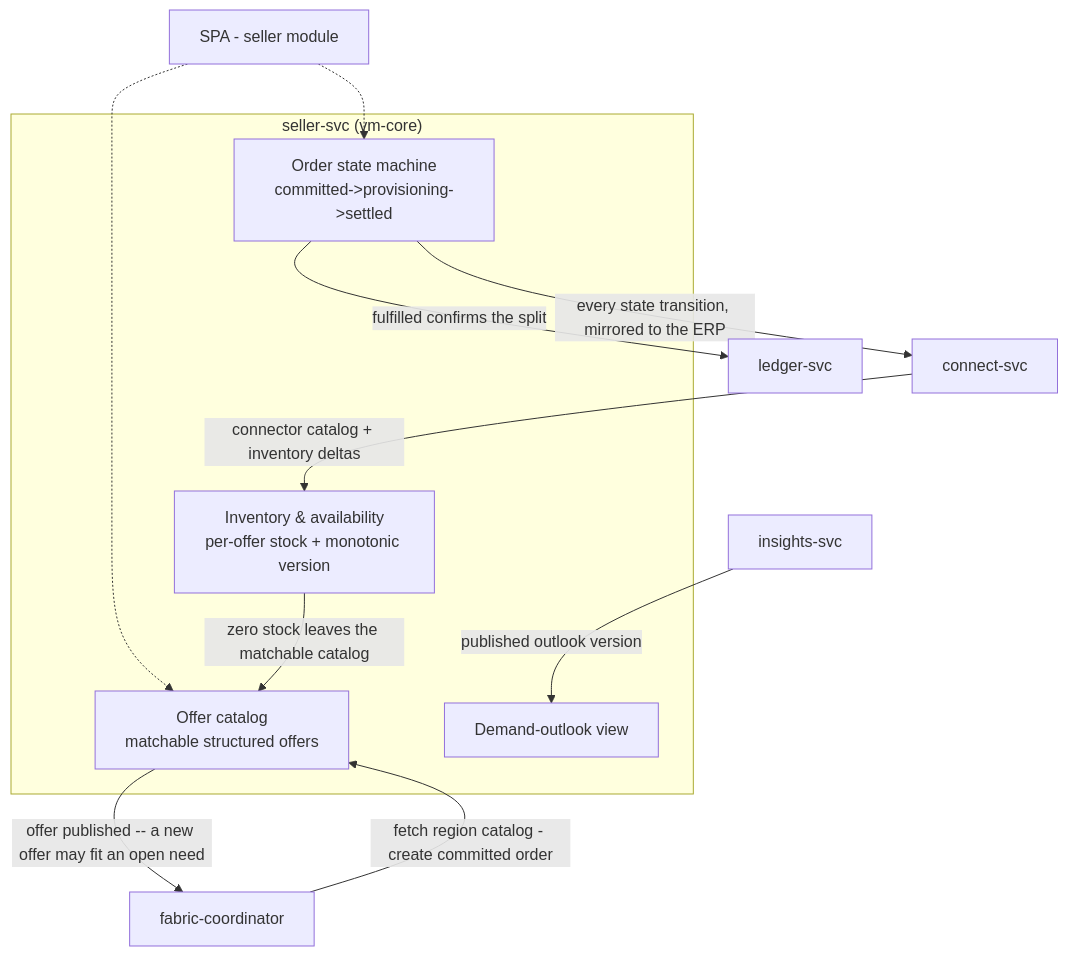
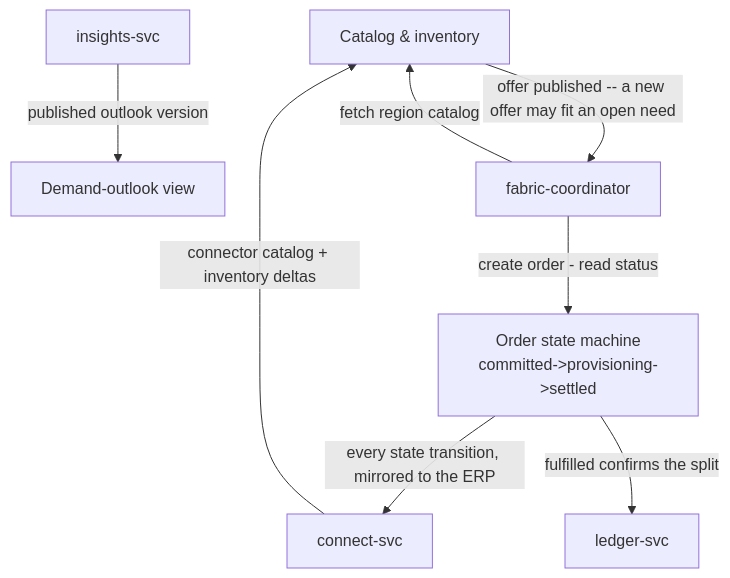
Before and after one commit to alius-git/amisad.dev: the diagram in plan/design/03-seller.md, drawn with Mermaid. The commit also changed other lines of this file and 41 other files, not shown here.

First line of the commit message:
Index the AmisAd design diagrams and keep each within seven boxes

````diff
--- a/plan/design/03-seller.md
+++ b/plan/design/03-seller.md
@@ -7,24 +7,18 @@
 ```mermaid
 flowchart TD
-    subgraph svc["seller-svc (vm-core)"]
-        catalog["Offer catalog<br/>matchable structured offers"]
-        inventory["Inventory & availability<br/>per-offer stock + monotonic version"]
-        orders["Order state machine<br/>committed->provisioning->settled"]
-        outlook["Demand-outlook view"]
-    end
-    spa["SPA - seller module"]
+    catalog["Catalog & inventory"]
+    orders["Order state machine<br/>committed->provisioning->settled"]
+    outlook["Demand-outlook view"]
     coordinator["fabric-coordinator"]
     connect["connect-svc"]
     ledger["ledger-svc"]
     insights["insights-svc"]
 
-    spa -.-> catalog
-    spa -.-> orders
-    coordinator -->|"fetch region catalog - create committed order"| catalog
+    coordinator -->|"fetch region catalog"| catalog
+    coordinator -->|"create order - read status"| orders
     catalog -->|"offer published -- a new offer may fit an open need"| coordinator
-    inventory -->|"zero stock leaves the matchable catalog"| catalog
-    connect -->|"connector catalog + inventory deltas"| inventory
+    connect -->|"connector catalog + inventory deltas"| catalog
     orders -->|"every state transition, mirrored to the ERP"| connect
     orders -->|"fulfilled confirms the split"| ledger
     insights -->|"published outlook version"| outlook
 ```
````
